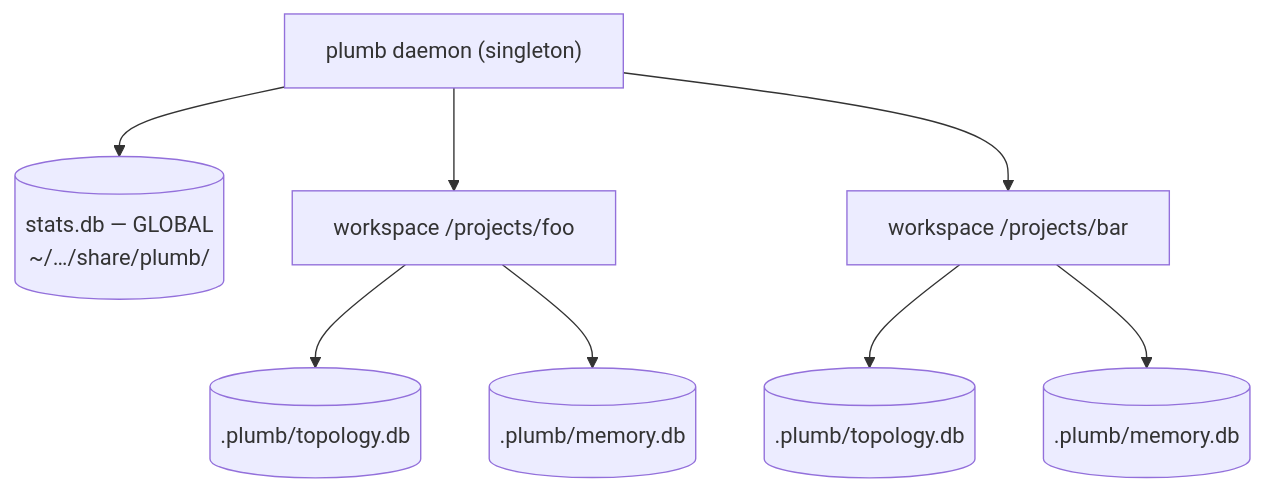
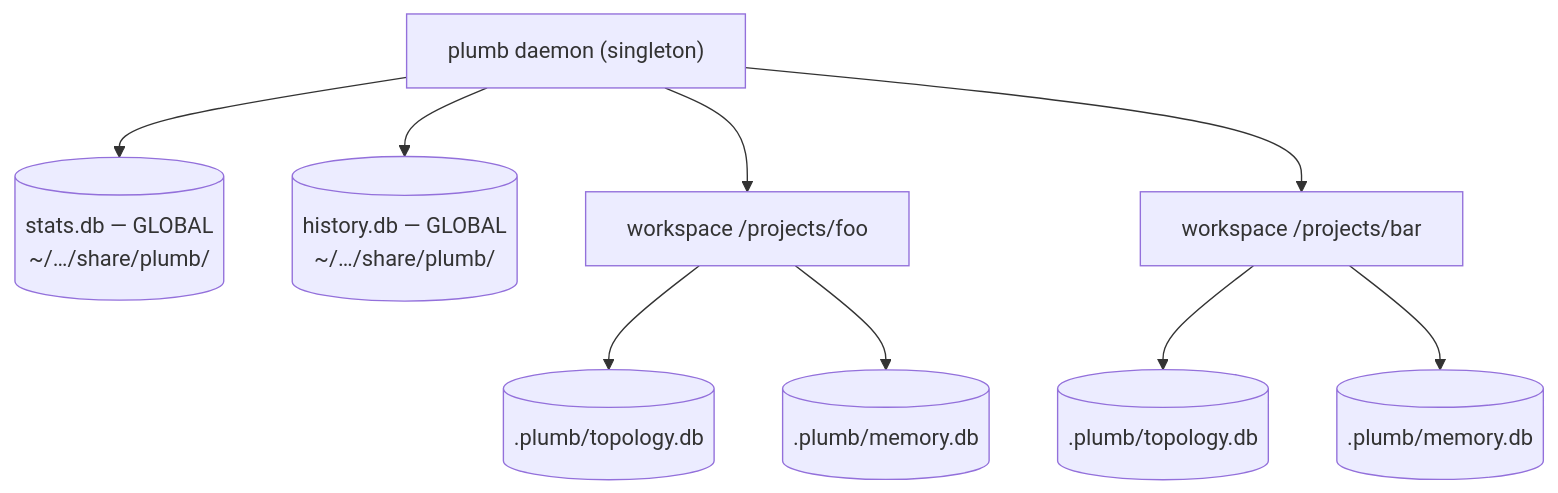
One commit to plumbkit/plumb changed the fifth of 9 diagrams in docs/architecture.md. Above: the diagram before and after it, drawn with Mermaid. The commit also changed other lines of this file and 9 other files, not shown here.

First line of the commit message:
feat(cli): plumb history — list, show (with the linked tool call), prune

````diff
--- a/docs/architecture.md
+++ b/docs/architecture.md
@@ -423,11 +425,12 @@
 ```mermaid
 flowchart TD
     D["plumb daemon (singleton)"]
     D --> SDB[("stats.db — GLOBAL<br/>~/…/share/plumb/")]
+    D --> HDB[("history.db — GLOBAL<br/>~/…/share/plumb/")]
     D --> W1["workspace /projects/foo"]
     D --> W2["workspace /projects/bar"]
     W1 --> T1[(".plumb/topology.db")]
     W1 --> M1[(".plumb/memory.db")]
     W2 --> T2[(".plumb/topology.db")]
     W2 --> M2[(".plumb/memory.db")]
 ```
````
